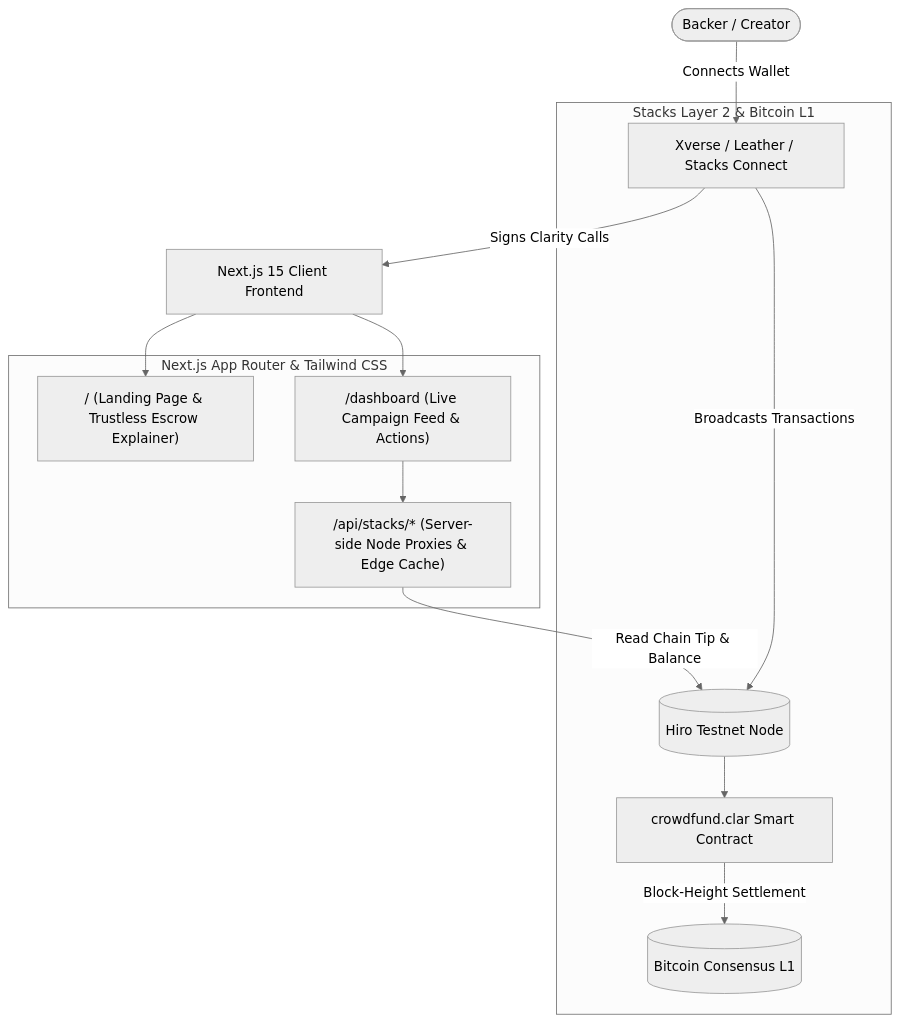
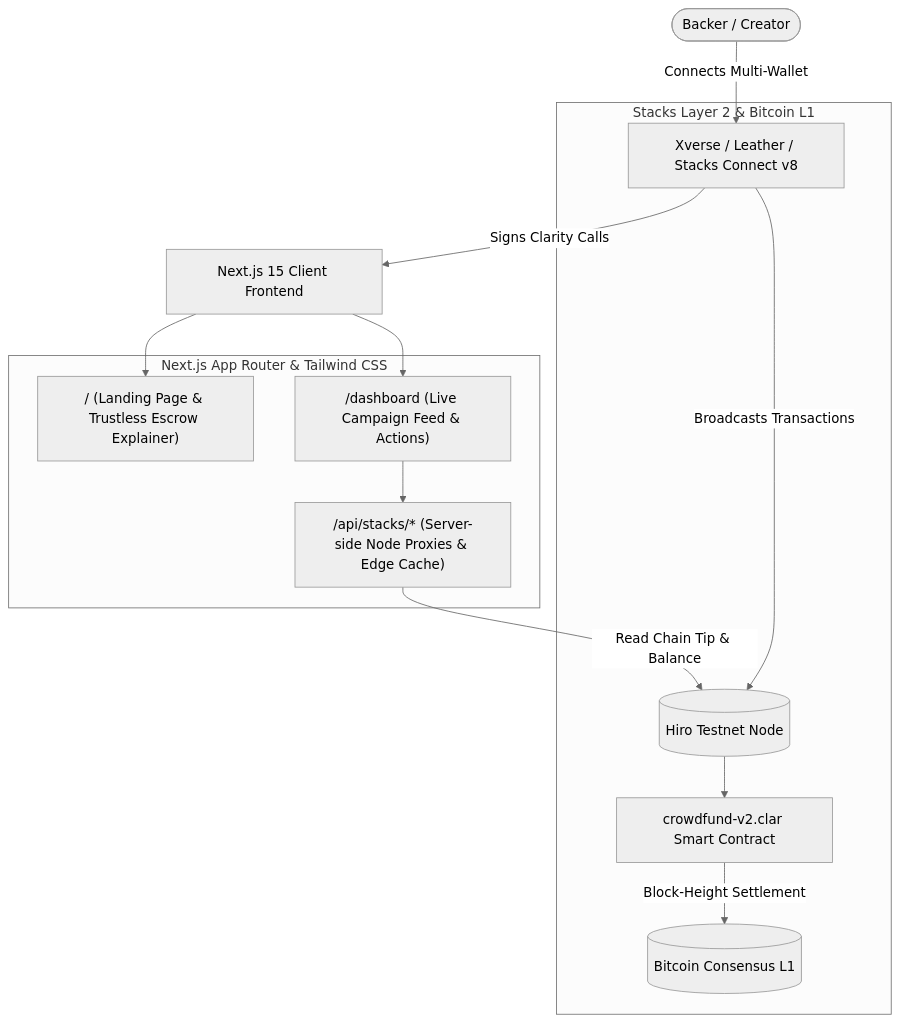
The diagram in README.md (Oluwa-Laughter/stacksraise), drawn with Mermaid (neutral theme) before and after one commit. The commit also changed other lines of this file, not shown here.

Commit message:
docs: update README with crowdfund-v2 deployment, on-chain project metadata and transaction lifecycle states

````diff
--- a/README.md
+++ b/README.md
@@ -51,22 +58,22 @@
 ```mermaid
 graph TD
-    User([Backer / Creator]) -->|Connects Wallet| Wallet[Xverse / Leather / Stacks Connect]
+    User([Backer / Creator]) -->|Connects Multi-Wallet| Wallet[Xverse / Leather / Stacks Connect v8]
     Wallet -->|Signs Clarity Calls| NextApp[Next.js 15 Client Frontend]
     
     subgraph Frontend Layer [Next.js App Router & Tailwind CSS]
         LandingPage["/ (Landing Page & Trustless Escrow Explainer)"]
         Dashboard["/dashboard (Live Campaign Feed & Actions)"]
         APIProxies["/api/stacks/* (Server-side Node Proxies & Edge Cache)"]
     end
     
     NextApp --> LandingPage
     NextApp --> Dashboard
     Dashboard --> APIProxies
     
     subgraph Stacks Blockchain [Stacks Layer 2 & Bitcoin L1]
         APIProxies -->|Read Chain Tip & Balance| HiroNode[(Hiro Testnet Node)]
         Wallet -->|Broadcasts Transactions| HiroNode
-        HiroNode --> ClarityContract[crowdfund.clar Smart Contract]
+        HiroNode --> ClarityContract[crowdfund-v2.clar Smart Contract]
         ClarityContract -->|Block-Height Settlement| BitcoinL1[(Bitcoin Consensus L1)]
     end
 ```
````
